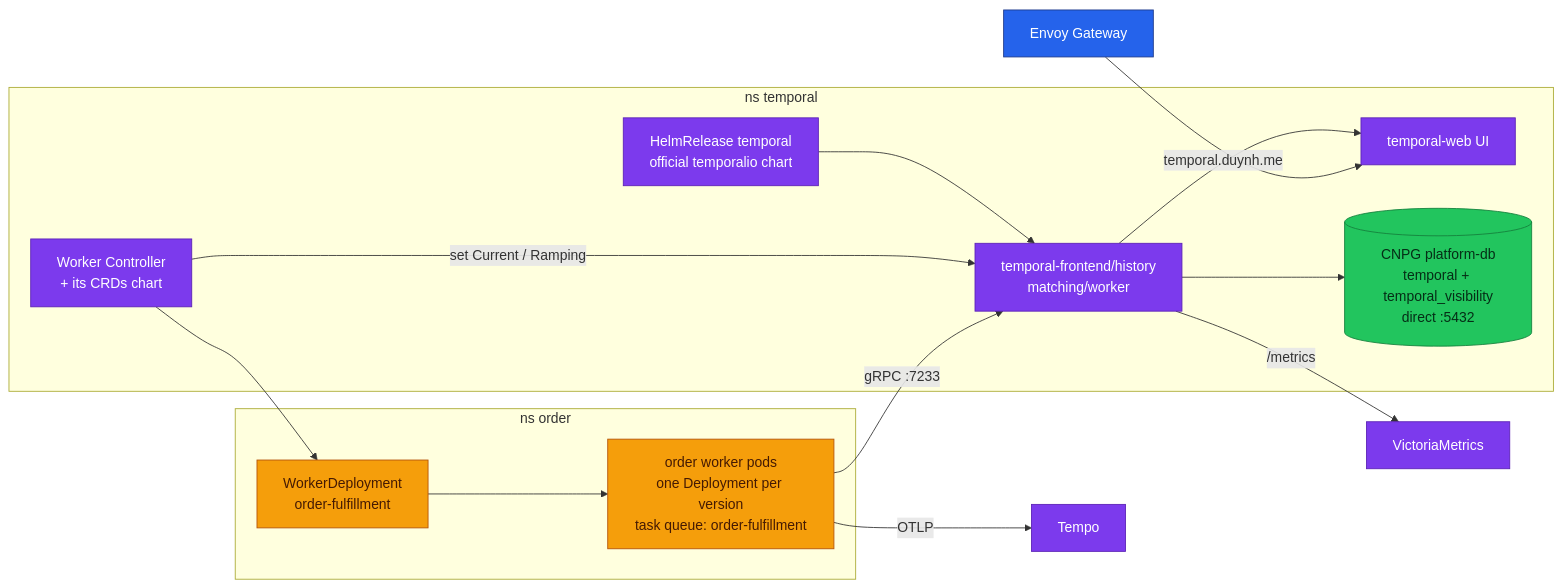
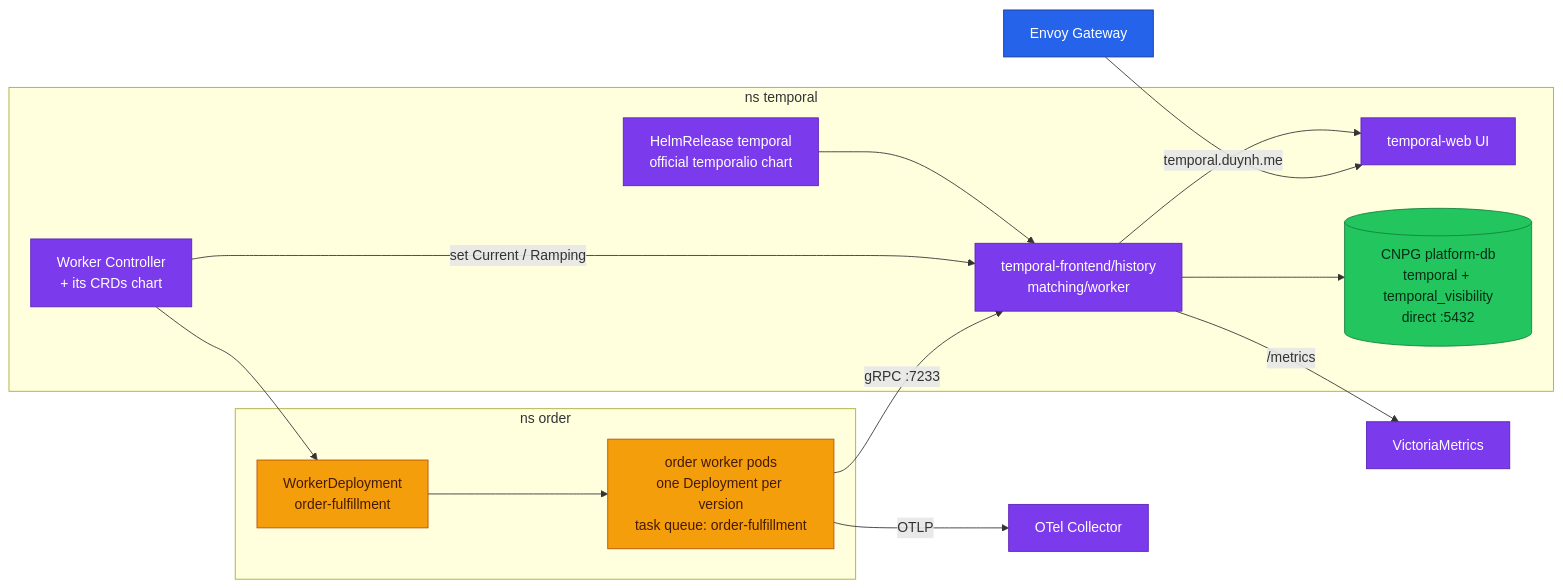
Before and after one commit to duynhlab/homelab: diagram 18 of 20 in docs/api/temporal.md, drawn with Mermaid. The commit also changed 57 other files, not shown here.

````diff
--- a/docs/api/temporal.md
+++ b/docs/api/temporal.md
@@ -991,34 +991,34 @@
 ```mermaid
 flowchart LR
     subgraph ns_temporal[ns temporal]
         HR[HelmRelease temporal<br/>official temporalio chart]
         TC[temporal-frontend/history<br/>matching/worker]
         UI[temporal-web UI]
         TDB[(CNPG platform-db<br/>temporal + temporal_visibility<br/>direct :5432)]
         WC[Worker Controller<br/>+ its CRDs chart]
         HR --> TC
         TC --> TDB
         TC --> UI
     end
     subgraph ns_order[ns order]
         WD[WorkerDeployment<br/>order-fulfillment]
         OW[order worker pods<br/>one Deployment per version<br/>task queue: order-fulfillment]
     end
     WC --> WD
     WD --> OW
     WC -- "set Current / Ramping" --> TC
     OW -- gRPC :7233 --> TC
     Edge[Envoy Gateway] -- temporal.duynh.me --> UI
     TC -- /metrics --> VM[VictoriaMetrics]
-    OW -- OTLP --> Tempo
+    OW -- OTLP --> OTC[OTel Collector]
 
     classDef edge fill:#2563eb,color:#fff,stroke:#1e3a8a;
     classDef worker fill:#f59e0b,color:#451a03,stroke:#b45309;
     classDef platform fill:#7c3aed,color:#fff,stroke:#5b21b6;
     classDef data fill:#22c55e,color:#052e16,stroke:#15803d;
     class Edge edge;
     class OW worker;
-    class HR,TC,UI,VM,Tempo,WC platform;
+    class HR,TC,UI,VM,OTC,WC platform;
     class WD worker;
     class TDB data;
 ```
````
